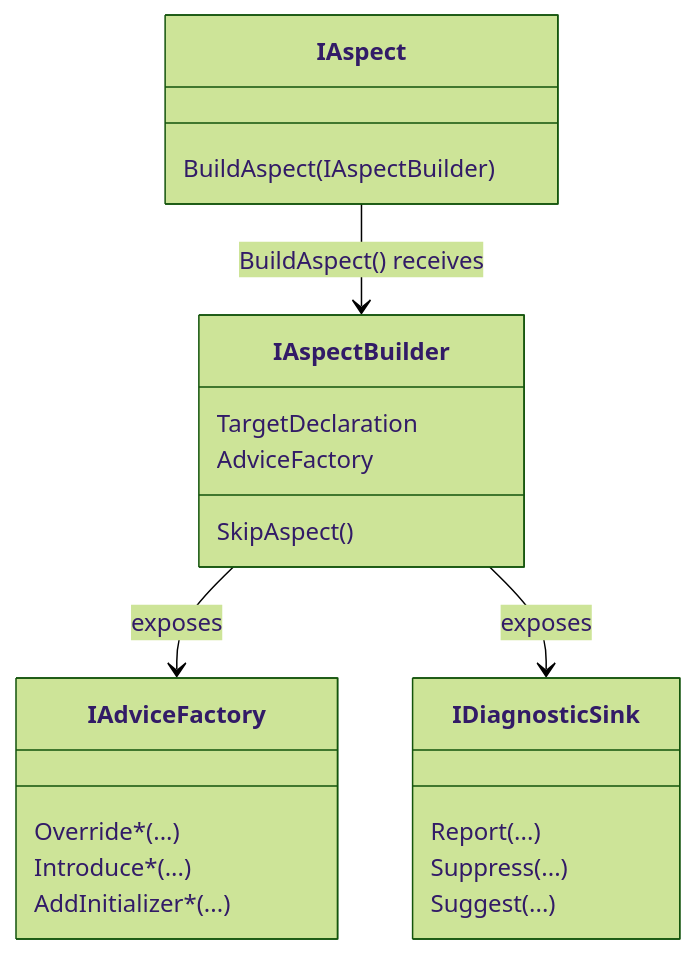
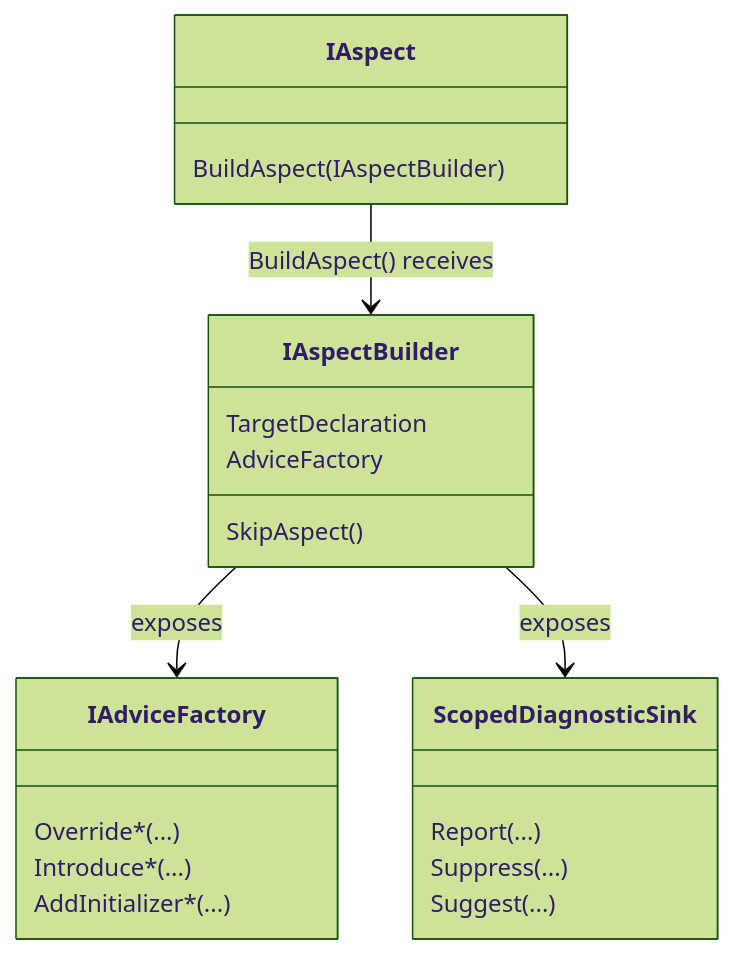
Before and after one commit to postsharp/Metalama.Documentation: the diagram in content/conceptual/aspects/aspect-design.md, drawn with Mermaid (forest theme). The commit also changed 5 other files, not shown here.

````diff
--- a/content/conceptual/aspects/aspect-design.md
+++ b/content/conceptual/aspects/aspect-design.md
@@ -16,30 +16,30 @@
 ```mermaid
 classDiagram
 
     class IAspect {
         BuildAspect(IAspectBuilder)
     }
 
     class IAspectBuilder {
         SkipAspect()
         TargetDeclaration
         AdviceFactory
     }
 
     class IAdviceFactory {
         Override*(...)
         Introduce*(...)
         AddInitializer*(...)
     }
 
-    class IDiagnosticSink {
+    class ScopedDiagnosticSink {
         Report(...)
         Suppress(...)
         Suggest(...)
     }
 
     IAspect --> IAspectBuilder : BuildAspect() receives
     IAspectBuilder --> IAdviceFactory : exposes
-    IAspectBuilder --> IDiagnosticSink : exposes
+    IAspectBuilder --> ScopedDiagnosticSink : exposes
 
 ```
````
